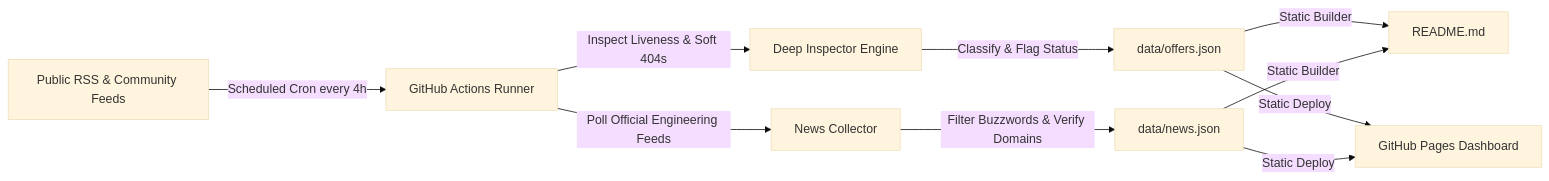
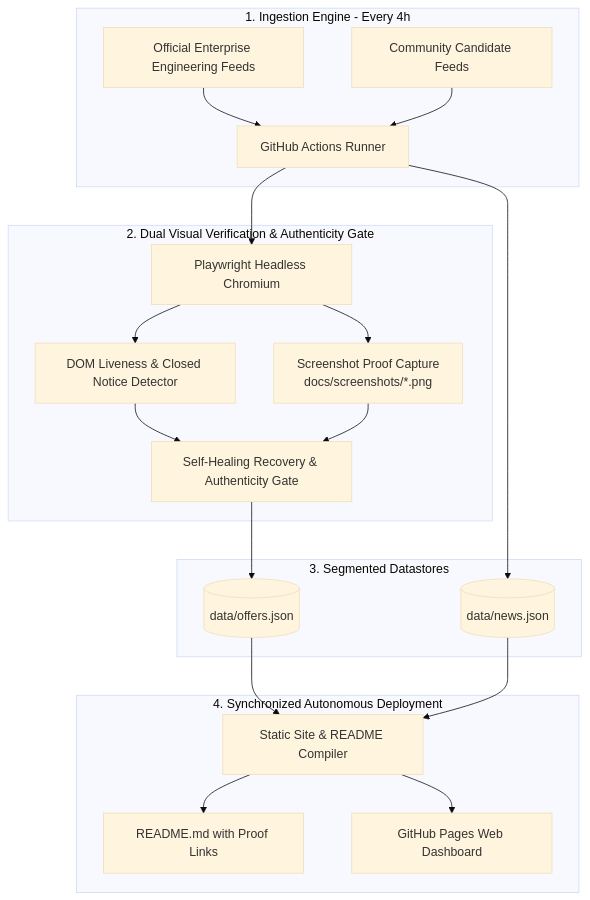
Before and after one commit to Athish2002/free-certification-tracker: the diagram in README.md, drawn with Mermaid (base theme). The commit also changed other lines of this file and 2 other files, not shown here.

Commit message:
docs: upgrade README and dashboard with dual visual verification architecture and latest self-healed vouchers

````diff
--- a/README.md
+++ b/README.md
@@ -530,10 +530,25 @@
 ```mermaid
-flowchart LR
-    A[Public RSS & Community Feeds] -->|Scheduled Cron every 4h| B[GitHub Actions Runner]
-    B -->|Inspect Liveness & Soft 404s| C[Deep Inspector Engine]
-    B -->|Poll Official Engineering Feeds| N[News Collector]
-    C -->|Classify & Flag Status| D[data/offers.json]
-    N -->|Filter Buzzwords & Verify Domains| M[data/news.json]
-    D & M -->|Static Builder| E[README.md]
-    D & M -->|Static Deploy| F[GitHub Pages Dashboard]
+flowchart TD
+    subgraph Ingest [1. Ingestion Engine - Every 4h]
+        A[Official Enterprise Engineering Feeds] --> C[GitHub Actions Runner]
+        B[Community Candidate Feeds] --> C
+    end
+
+    subgraph Verify [2. Dual Visual Verification & Authenticity Gate]
+        C --> D[Playwright Headless Chromium]
+        D --> E[DOM Liveness & Closed Notice Detector]
+        D --> F[Screenshot Proof Capture<br>docs/screenshots/*.png]
+        E & F --> G[Self-Healing Recovery & Authenticity Gate]
+    end
+
+    subgraph Store [3. Segmented Datastores]
+        G --> H[(data/offers.json)]
+        C --> I[(data/news.json)]
+    end
+
+    subgraph Publish [4. Synchronized Autonomous Deployment]
+        H & I --> J[Static Site & README Compiler]
+        J --> K[README.md with Proof Links]
+        J --> L[GitHub Pages Web Dashboard]
+    end
 ```
````
